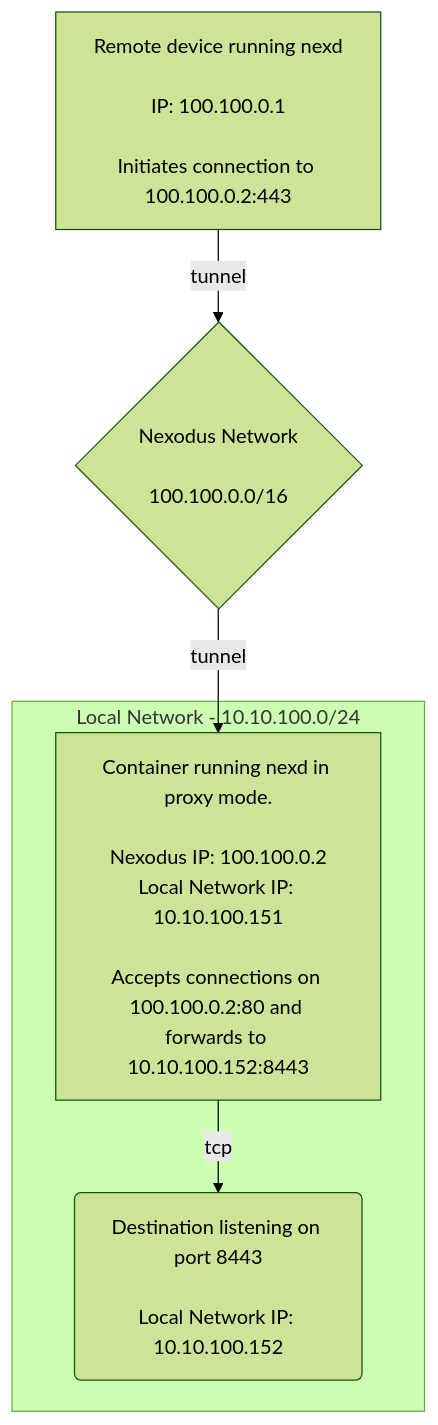
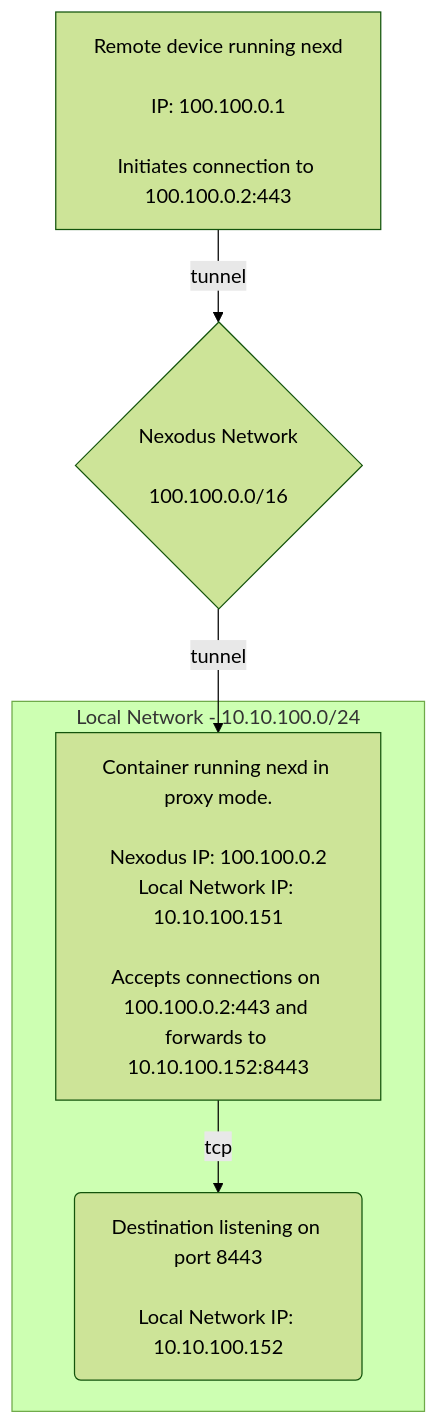
Before and after one commit to nexodus-io/nexodus: the first of 3 diagrams in docs/user-guide/nexd-proxy.md, drawn with Mermaid (forest theme).

Commit message:
docs: fix typo
I noticed a diagram in the `nexd proxy` docs used an incorrect port
number in one spot.

````diff
--- a/docs/user-guide/nexd-proxy.md
+++ b/docs/user-guide/nexd-proxy.md
@@ -38,10 +38,10 @@
 ```mermaid
 flowchart TD
  linkStyle default interpolate basis
  device1[Remote device running nexd<br/><br/>IP: 100.100.0.1<br/><br/>Initiates connection to 100.100.0.2:443]-->|tunnel|network{Nexodus Network<br/><br/>100.100.0.0/16}
- network-->|tunnel|container[Container running nexd in proxy mode.<br/><br/>Nexodus IP: 100.100.0.2<br/>Local Network IP: 10.10.100.151<br/><br/>Accepts connections on 100.100.0.2:80 and forwards to 10.10.100.152:8443]
+ network-->|tunnel|container[Container running nexd in proxy mode.<br/><br/>Nexodus IP: 100.100.0.2<br/>Local Network IP: 10.10.100.151<br/><br/>Accepts connections on 100.100.0.2:443 and forwards to 10.10.100.152:8443]
 
  subgraph Local Network - 10.10.100.0/24
  container-->|tcp|dest(Destination listening on port 8443<br/><br/>Local Network IP: 10.10.100.152)
  end
 ```
````
